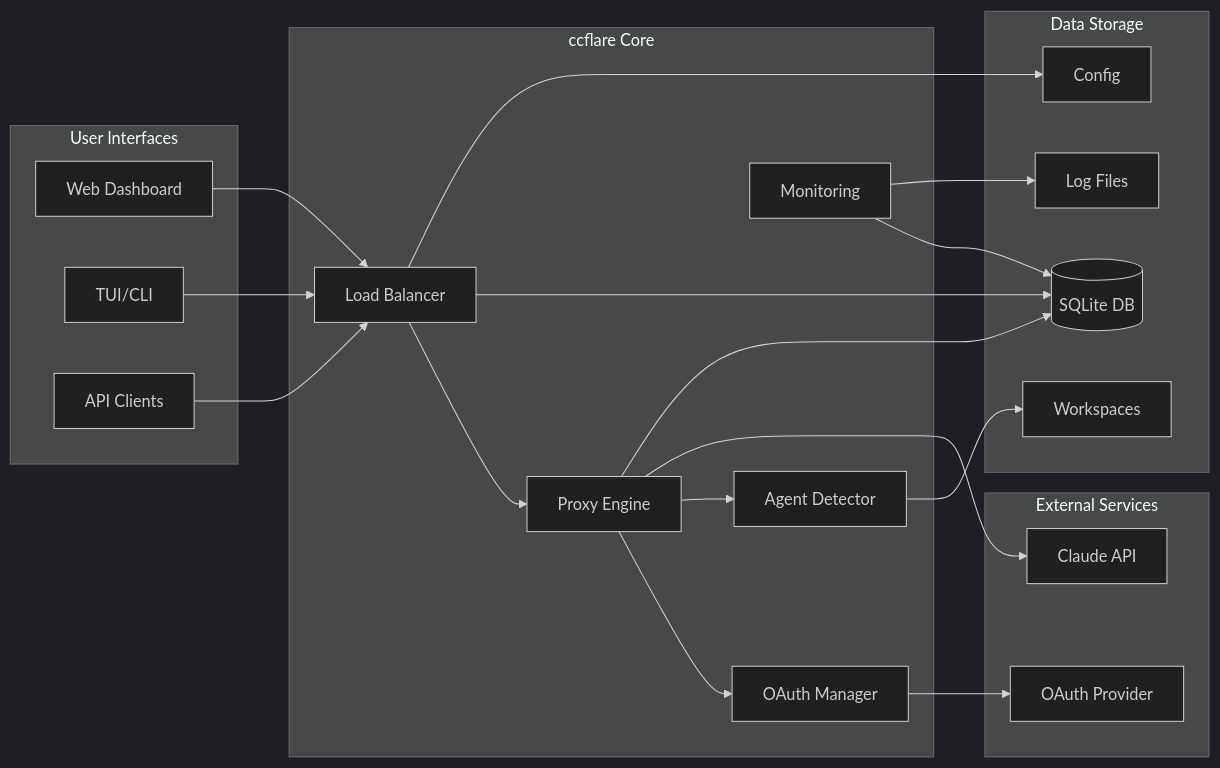
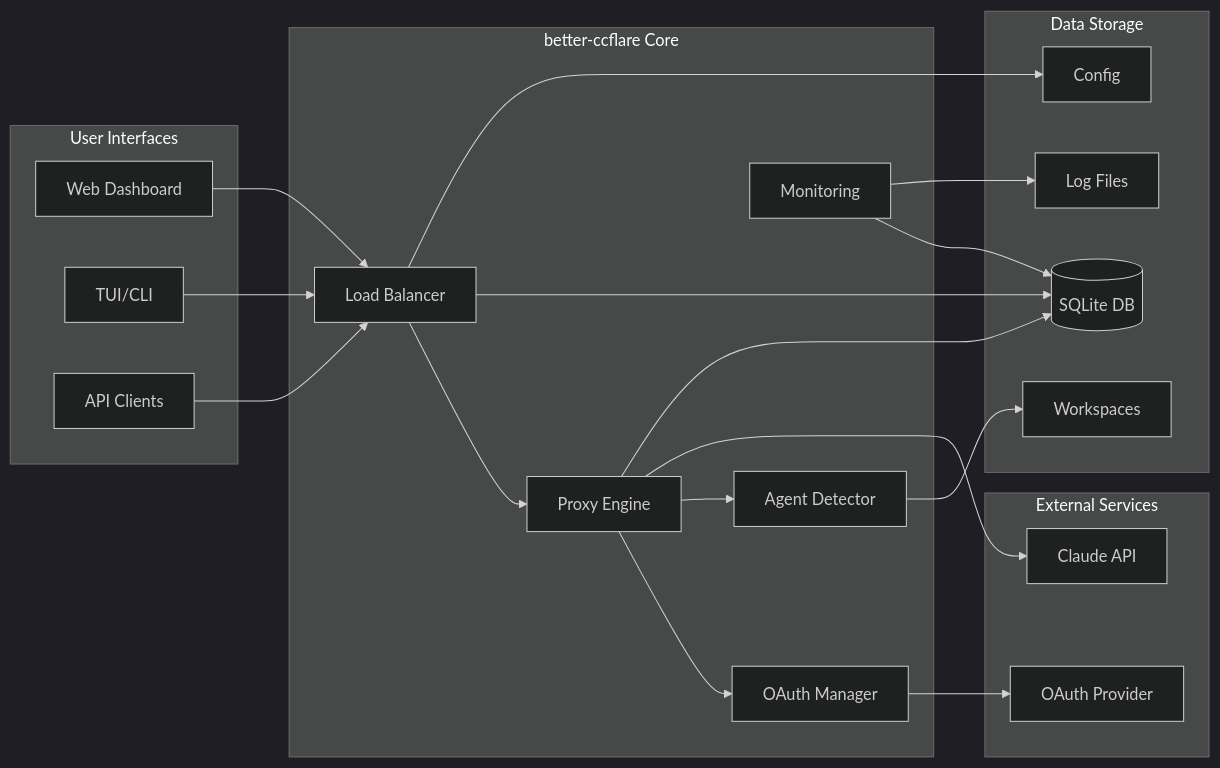
Before and after one commit to tombii/better-ccflare: the first of 25 diagrams in docs/architecture.md, drawn with Mermaid (dark theme). The commit also changed other lines of this file and 23 other files, not shown here.

````diff
--- a/docs/architecture.md
+++ b/docs/architecture.md
@@ -11,45 +11,45 @@
 ```mermaid
 graph LR
     subgraph "User Interfaces"
         UI1[Web Dashboard]
         UI2[TUI/CLI]
         UI3[API Clients]
     end
     
-    subgraph "ccflare Core"
+    subgraph "better-ccflare Core"
         LB[Load Balancer]
         PROXY[Proxy Engine]
         AUTH[OAuth Manager]
         MON[Monitoring]
         AGENT[Agent Detector]
     end
     
     subgraph "Data Storage"
         DB[(SQLite DB)]
         LOGS[Log Files]
         CFG[Config]
         WS[Workspaces]
     end
     
     subgraph "External Services"
         CLAUDE[Claude API]
         OAUTH[OAuth Provider]
     end
     
     UI1 --> LB
     UI2 --> LB
     UI3 --> LB
     
     LB --> PROXY
     PROXY --> AUTH
     PROXY --> AGENT
     AUTH --> OAUTH
     PROXY --> CLAUDE
     
     LB --> DB
     PROXY --> DB
     MON --> DB
     AGENT --> WS
     MON --> LOGS
     LB --> CFG
 ```
````
